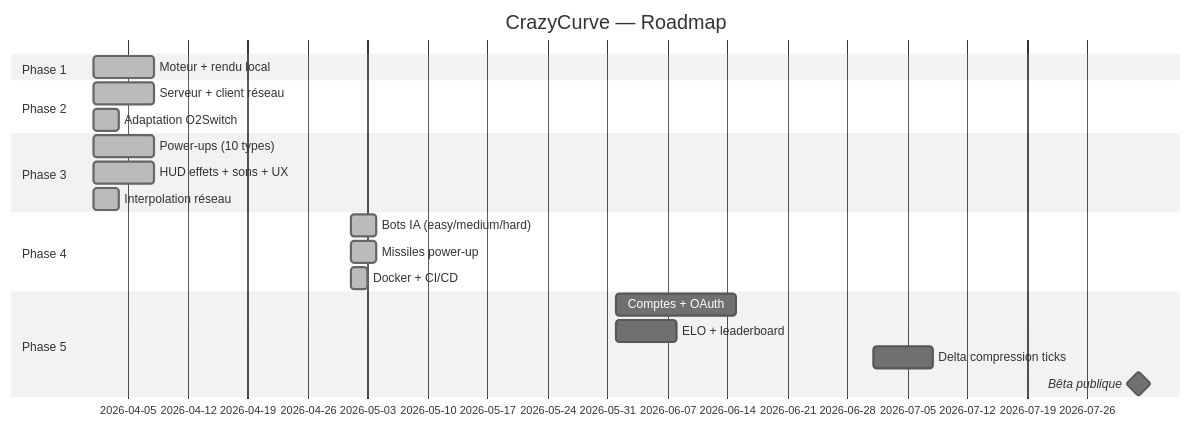
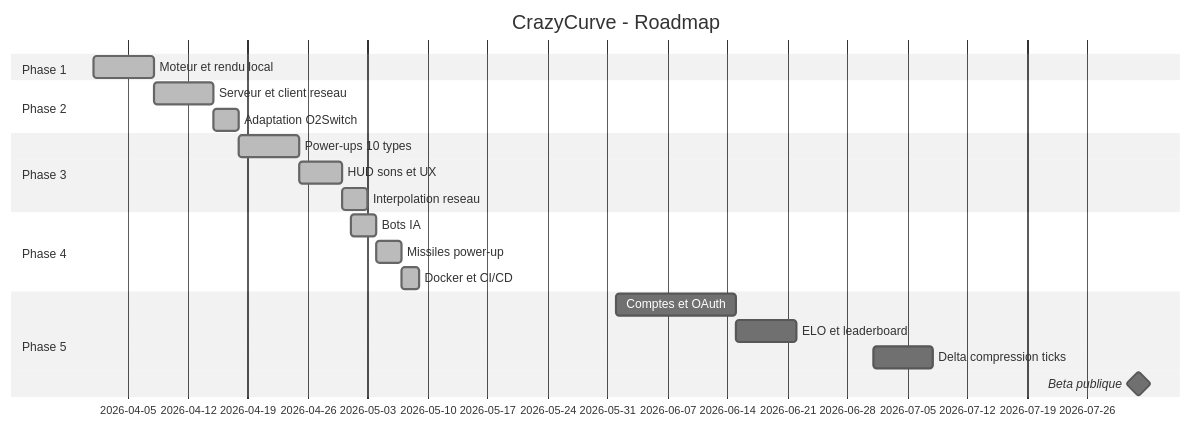
The fourth of 4 diagrams in README.md (artkabis/crazycurve), drawn with Mermaid (neutral theme) before and after one commit. The commit also changed other lines of this file, not shown here.

First line of the commit message:
docs: rewrite README - fix mermaid syntax, add GitHub callouts, task lists, full visual overhaul

````diff
--- a/README.md
+++ b/README.md
@@ -550,23 +591,28 @@
 ```mermaid
 gantt
-    title CrazyCurve — Roadmap
-    dateFormat  YYYY-MM
+    title CrazyCurve - Roadmap
+    dateFormat YYYY-MM-DD
+
     section Phase 1
-    Moteur + rendu local          :done, 2026-04, 1w
+    Moteur et rendu local       :done, p1, 2026-04-01, 7d
+
     section Phase 2
-    Serveur + client réseau       :done, 2026-04, 1w
-    Adaptation O2Switch           :done, 2026-04, 3d
+    Serveur et client reseau    :done, p2, 2026-04-08, 7d
+    Adaptation O2Switch         :done, p3, 2026-04-15, 3d
+
     section Phase 3
-    Power-ups (10 types)          :done, 2026-04, 1w
-    HUD effets + sons + UX        :done, 2026-04, 1w
-    Interpolation réseau          :done, 2026-04, 3d
+    Power-ups 10 types          :done, p4, 2026-04-18, 7d
+    HUD sons et UX              :done, p5, 2026-04-25, 5d
+    Interpolation reseau        :done, p6, 2026-04-30, 3d
+
     section Phase 4
-    Bots IA (easy/medium/hard)    :done, 2026-05, 3d
-    Missiles power-up             :done, 2026-05, 3d
-    Docker + CI/CD                :done, 2026-05, 2d
+    Bots IA                     :done, p7, 2026-05-01, 3d
+    Missiles power-up           :done, p8, 2026-05-04, 3d
+    Docker et CI/CD             :done, p9, 2026-05-07, 2d
+
     section Phase 5
-    Comptes + OAuth               :2026-06, 2w
-    ELO + leaderboard             :2026-06, 1w
-    Delta compression ticks       :2026-07, 1w
-    Bêta publique                 :milestone, 2026-08, 0d
+    Comptes et OAuth            :q1, 2026-06-01, 14d
+    ELO et leaderboard          :q2, 2026-06-15, 7d
+    Delta compression ticks     :q3, 2026-07-01, 7d
+    Beta publique               :milestone, 2026-08-01, 0d
 ```
````
